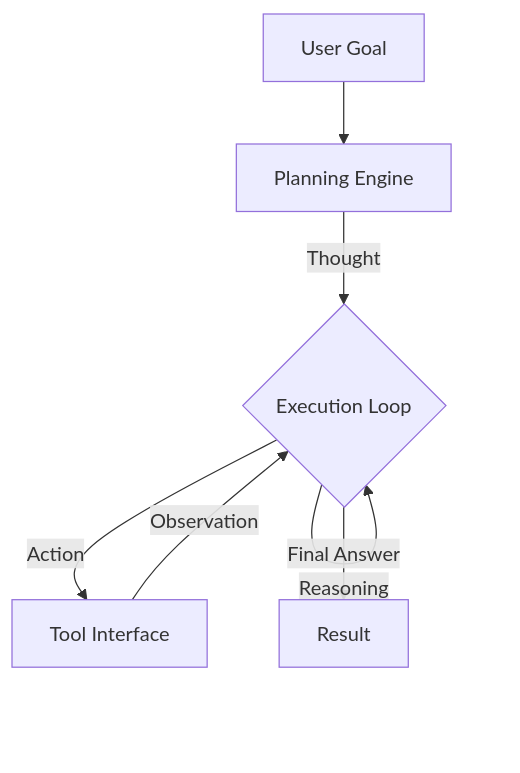
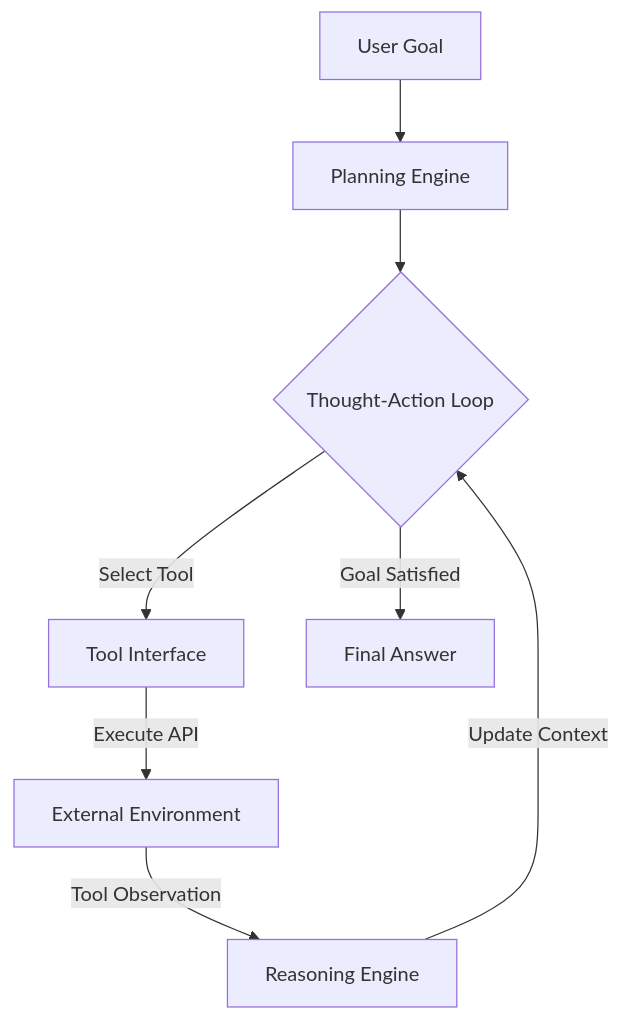
The fifth of 20 diagrams in genai_enterprise_usecases/ARCHITECTURE_GUIDE.md (sricheru/agentic-ai-portfolio), drawn with Mermaid before and after one commit. The commit also changed other lines of this file, not shown here.

Commit message:
fix(mermaid): resolve dagre-d3 edge collision in all 20 diagrams

````diff
--- a/genai_enterprise_usecases/ARCHITECTURE_GUIDE.md
+++ b/genai_enterprise_usecases/ARCHITECTURE_GUIDE.md
@@ -106,9 +108,10 @@
 ```mermaid
 graph TD
-    Goal[User Goal] --> Planner[Planning Engine]
-    Planner -->|Thought| Loop{Execution Loop}
-    Loop -->|Action| Tool[Tool Interface]
-    Tool -->|Observation| Loop
-    Loop -->|Reasoning| Loop
-    Loop -->|Final Answer| Result
+    Goal["User Goal"] --> Planner["Planning Engine"]
+    Planner --> Loop{"Thought-Action Loop"}
+    Loop -->|Select Tool| ToolDispatcher["Tool Interface"]
+    ToolDispatcher -->|Execute API| Env["External Environment"]
+    Env -->|Tool Observation| Reasoning["Reasoning Engine"]
+    Reasoning -->|Update Context| Loop
+    Loop -->|Goal Satisfied| Result["Final Answer"]
 ```
````
